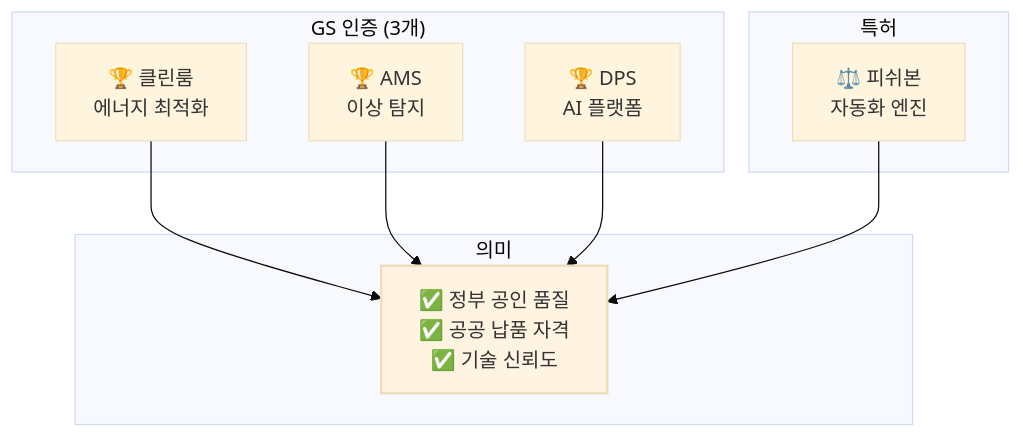
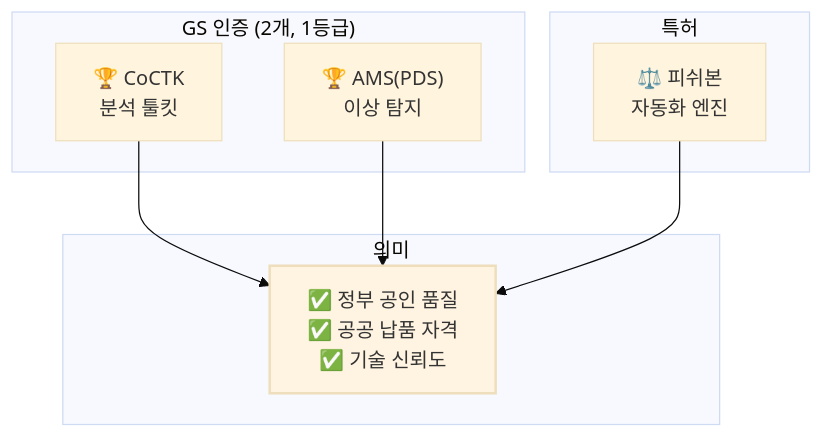
One commit to moobaek/Testing_AI_agents_for_public_use changed the tenth of 12 diagrams in portfolio/portfolio_docs/Executive_Summary/04_Visual_Portfolio.md. Above: the diagram before and after it, drawn with Mermaid (base theme). The commit also changed other lines of this file and 16 other files, not shown here.

First line of the commit message:
포트폴리오 문서 업데이트: GS 인증 정보 수정, Mermaid 다이어그램 옵시디언 호환성 개선, 개인 프로필 추가

````diff
--- a/portfolio/portfolio_docs/Executive_Summary/04_Visual_Portfolio.md
+++ b/portfolio/portfolio_docs/Executive_Summary/04_Visual_Portfolio.md
@@ -272,20 +314,19 @@
 ```mermaid
 graph TD
-    subgraph "GS 인증 (3개)"
-        G1["🏆 클린룸<br/>에너지 최적화"]
-        G2["🏆 AMS<br/>이상 탐지"]
-        G3["🏆 DPS<br/>AI 플랫폼"]
+    subgraph "GS 인증 (2개, 1등급)"
+        G1["🏆 CoCTK<br/>분석 툴킷"]
+        G2["🏆 AMS(PDS)<br/>이상 탐지"]
     end
     
     subgraph "특허"
         P1["⚖️ 피쉬본<br/>자동화 엔진"]
     end
     
     subgraph "의미"
         M["✅ 정부 공인 품질<br/>✅ 공공 납품 자격<br/>✅ 기술 신뢰도"]
     end
     
-    G1 & G2 & G3 & P1 --> M
+    G1 & G2 & P1 --> M
     
     style M fill:#fff4e1,stroke-width:2px
 ```
````
